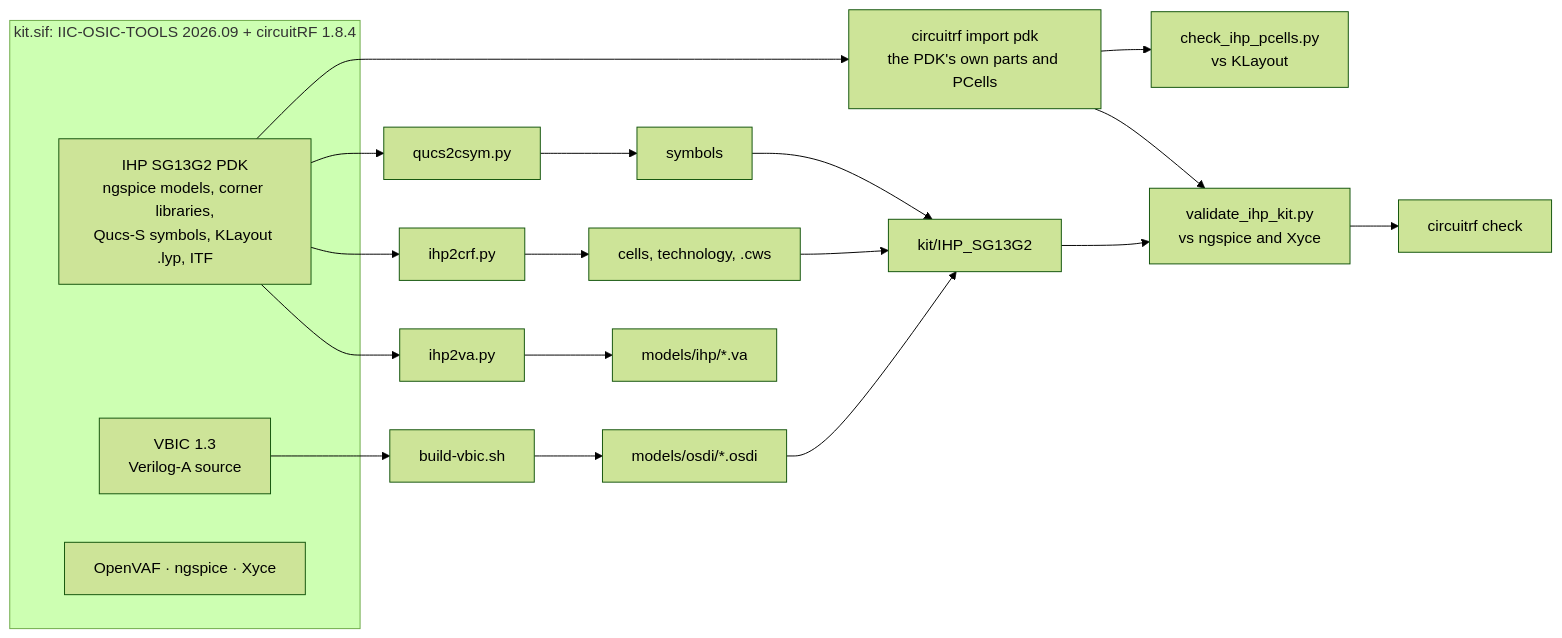
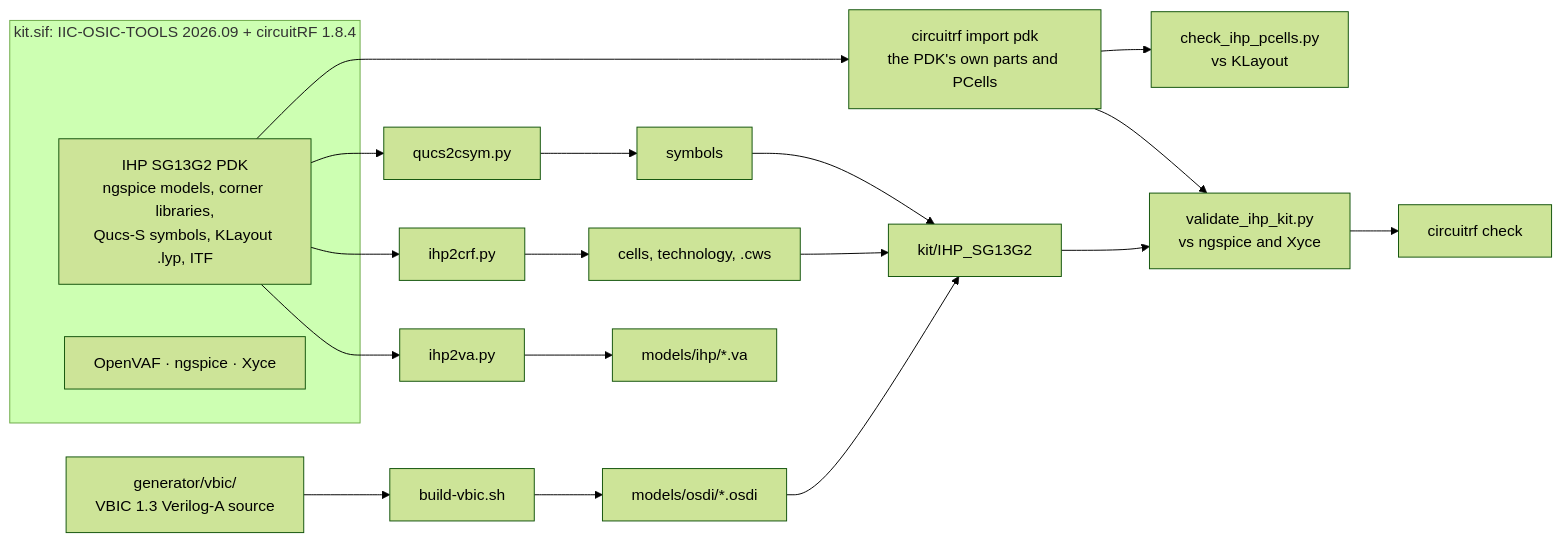
The diagram in README.md (aissus/circuitRF-IHP-SG13G2-PDK), drawn with Mermaid (forest theme) before and after one commit. The commit also changed other lines of this file and 8 other files, not shown here.

````diff
--- a/README.md
+++ b/README.md
@@ -234,16 +236,16 @@
 ```mermaid
 flowchart LR
     subgraph image["kit.sif: IIC-OSIC-TOOLS 2026.09 + circuitRF 1.8.4"]
         PDK["IHP SG13G2 PDK<br/>ngspice models, corner libraries,<br/>Qucs-S symbols, KLayout .lyp, ITF"]
-        VA["VBIC 1.3<br/>Verilog-A source"]
         TOOLS["OpenVAF · ngspice · Xyce"]
     end
+    VA["generator/vbic/<br/>VBIC 1.3 Verilog-A source"]
     PDK --> V["ihp2va.py"] --> PF["models/ihp/*.va"]
     PDK --> C["ihp2crf.py"] --> CELLS["cells, technology, .cws"]
     PDK --> Q["qucs2csym.py"] --> SYM["symbols"]
     VA --> B["build-vbic.sh"] --> OSDI["models/osdi/*.osdi"]
     CELLS & SYM & OSDI --> KIT["kit/IHP_SG13G2"]
     PDK --> IMP["circuitrf import pdk<br/>the PDK's own parts and PCells"]
     KIT & IMP --> VAL["validate_ihp_kit.py<br/>vs ngspice and Xyce"] --> CHK["circuitrf check"]
     IMP --> PC["check_ihp_pcells.py<br/>vs KLayout"]
 ```
````
